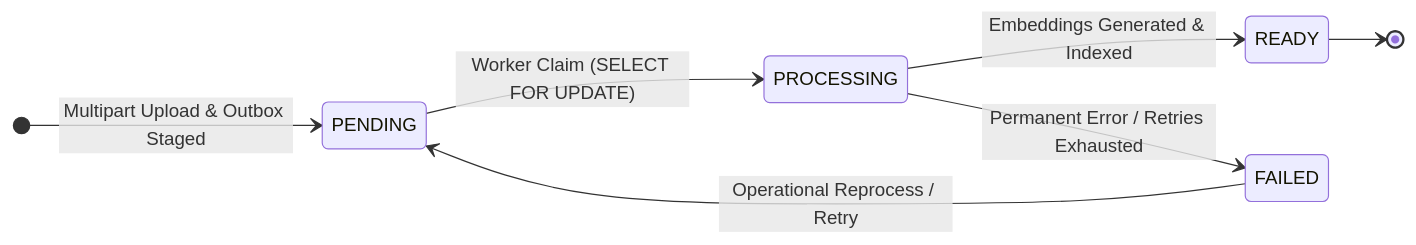
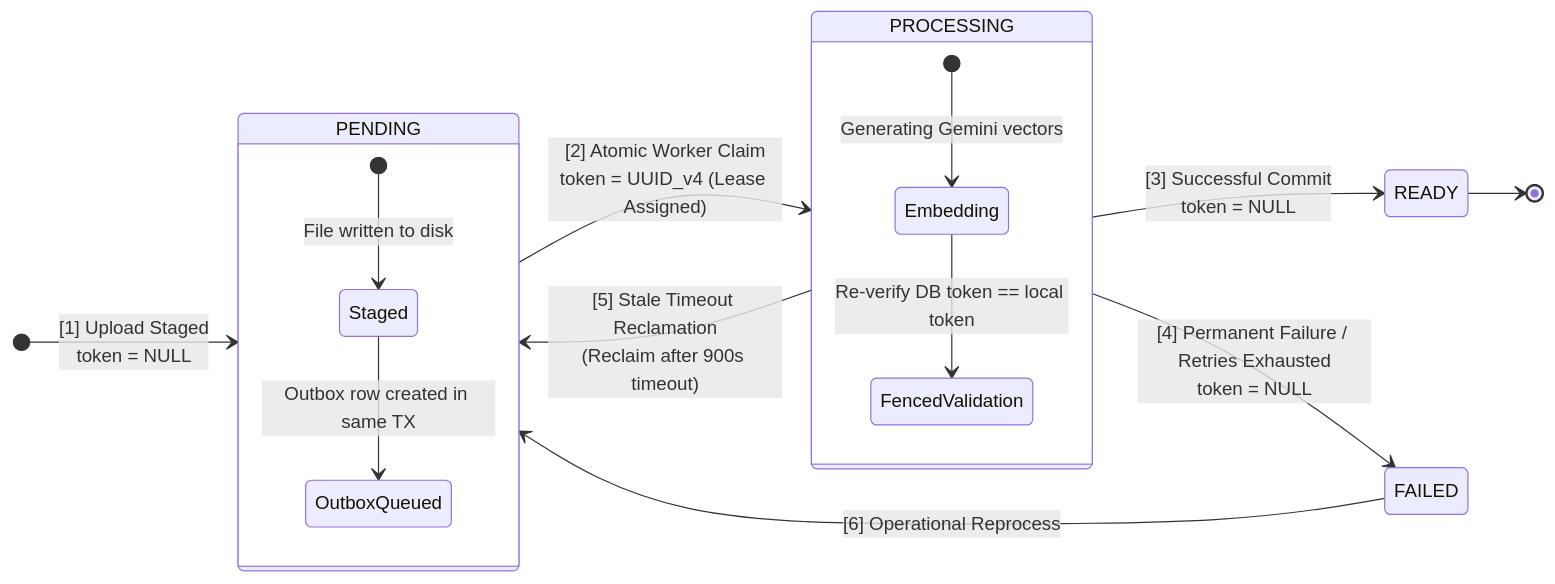
Before and after one commit to theeaashish/Outbox-RAG: the third of 5 diagrams in README.md, drawn with Mermaid. The commit also changed other lines of this file and 13 other files, not shown here.

First line of the commit message:
feat: Add unique constraint violation check and processing token management for document ingestion

````diff
--- a/README.md
+++ b/README.md
@@ -133,10 +222,25 @@
 ```mermaid
 stateDiagram-v2
     direction LR
-    [*] --> PENDING: Multipart Upload & Outbox Staged
-    PENDING --> PROCESSING: Worker Claim (SELECT FOR UPDATE)
-    PROCESSING --> READY: Embeddings Generated & Indexed
-    PROCESSING --> FAILED: Permanent Error / Retries Exhausted
-    FAILED --> PENDING: Operational Reprocess / Retry
+
+    [*] --> PENDING: [1] Upload Staged<br/>token = NULL
+
+    state PENDING {
+        [*] --> Staged: File written to disk
+        Staged --> OutboxQueued: Outbox row created in same TX
+    }
+
+    PENDING --> PROCESSING: [2] Atomic Worker Claim<br/>token = UUID_v4 (Lease Assigned)
+    
+    state PROCESSING {
+        [*] --> Embedding: Generating Gemini vectors
+        Embedding --> FencedValidation: Re-verify DB token == local token
+    }
+
+    PROCESSING --> READY: [3] Successful Commit<br/>token = NULL
+    PROCESSING --> FAILED: [4] Permanent Failure / Retries Exhausted<br/>token = NULL
+    PROCESSING --> PENDING: [5] Stale Timeout Reclamation<br/>(Reclaim after 900s timeout)
+
+    FAILED --> PENDING: [6] Operational Reprocess
     READY --> [*]
 ```
````
